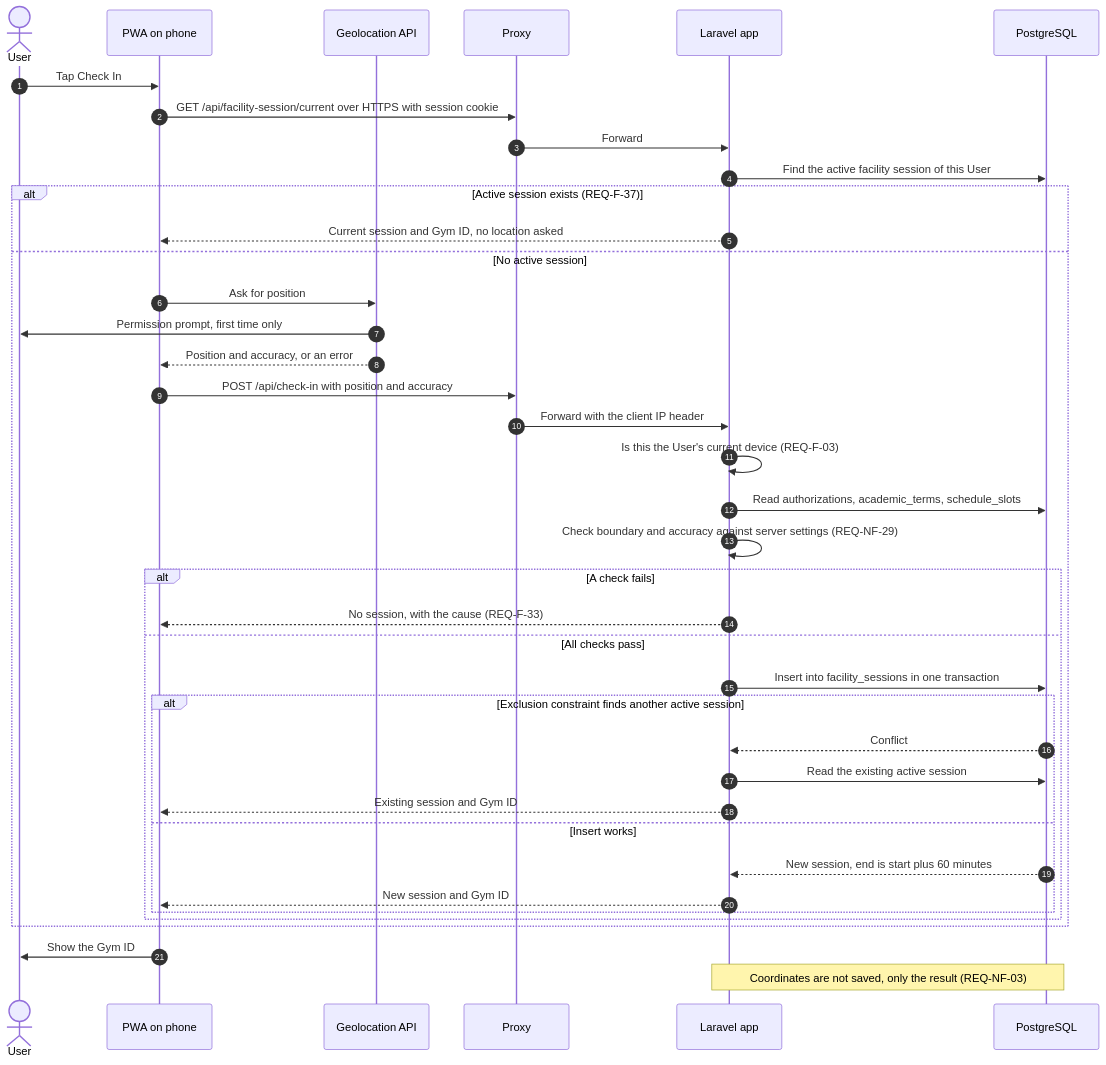
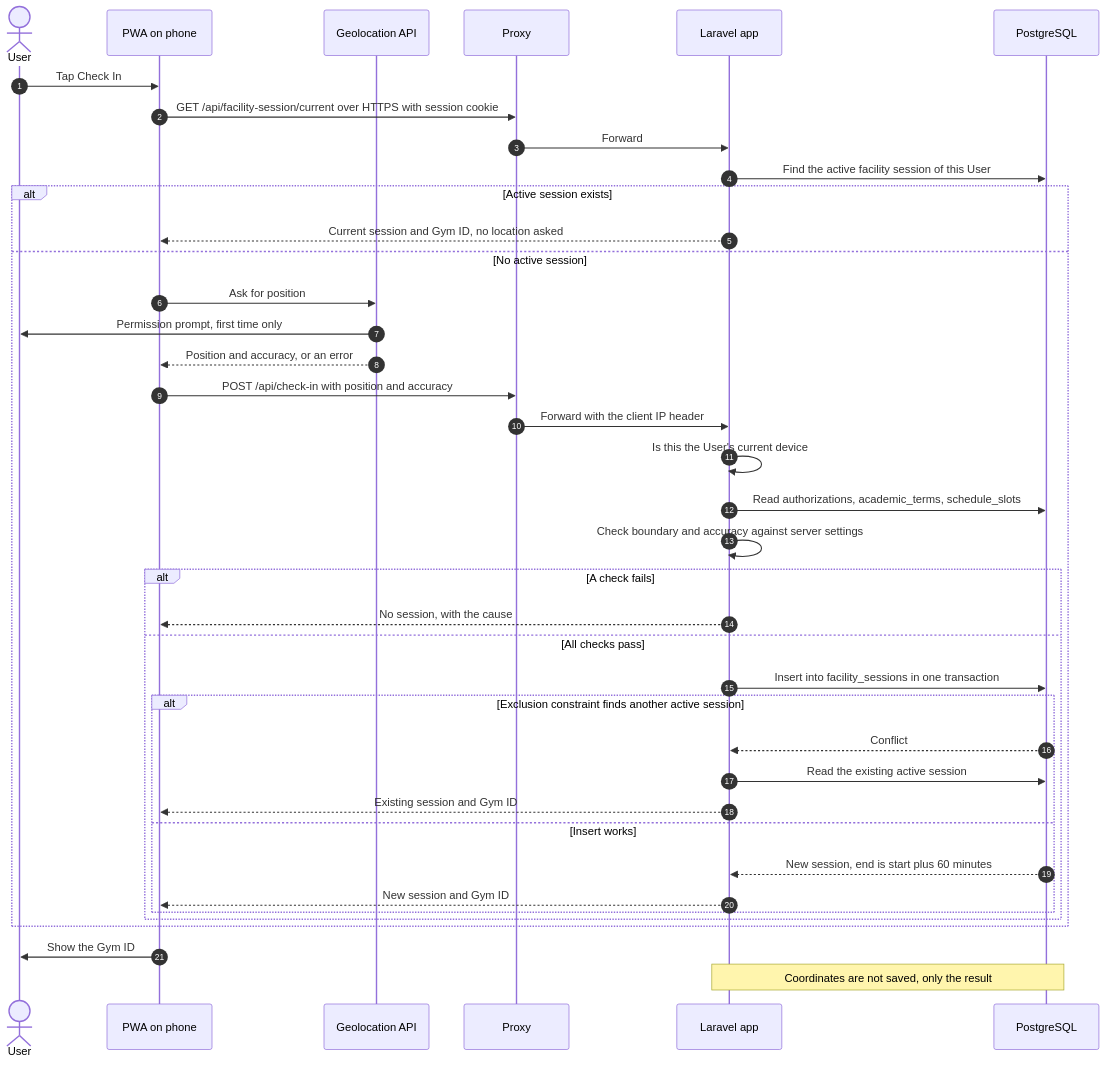
One commit to Th3-Minorities/natatorio-gym-app changed the fifth of 5 diagrams in docs/design/architecture.md. Above: the diagram before and after it, drawn with Mermaid. The commit also changed other lines of this file, not shown here.

Commit message:
Label each architecture diagram and move IDs out of the diagrams

````diff
--- a/docs/design/architecture.md
+++ b/docs/design/architecture.md
@@ -197,42 +219,42 @@
 ```mermaid
 sequenceDiagram
   autonumber
   actor U as User
   participant PWA as PWA on phone
   participant GEO as Geolocation API
   participant PX as Proxy
   participant API as Laravel app
   participant DB as PostgreSQL
 
   U->>PWA: Tap Check In
   PWA->>PX: GET /api/facility-session/current over HTTPS with session cookie
   PX->>API: Forward
   API->>DB: Find the active facility session of this User
-  alt Active session exists (REQ-F-37)
+  alt Active session exists
     API-->>PWA: Current session and Gym ID, no location asked
   else No active session
     PWA->>GEO: Ask for position
     GEO->>U: Permission prompt, first time only
     GEO-->>PWA: Position and accuracy, or an error
     PWA->>PX: POST /api/check-in with position and accuracy
     PX->>API: Forward with the client IP header
-    API->>API: Is this the User's current device (REQ-F-03)
+    API->>API: Is this the User's current device
     API->>DB: Read authorizations, academic_terms, schedule_slots
-    API->>API: Check boundary and accuracy against server settings (REQ-NF-29)
+    API->>API: Check boundary and accuracy against server settings
     alt A check fails
-      API-->>PWA: No session, with the cause (REQ-F-33)
+      API-->>PWA: No session, with the cause
     else All checks pass
       API->>DB: Insert into facility_sessions in one transaction
       alt Exclusion constraint finds another active session
         DB-->>API: Conflict
         API->>DB: Read the existing active session
         API-->>PWA: Existing session and Gym ID
       else Insert works
         DB-->>API: New session, end is start plus 60 minutes
         API-->>PWA: New session and Gym ID
       end
     end
   end
   PWA->>U: Show the Gym ID
-  Note over API,DB: Coordinates are not saved, only the result (REQ-NF-03)
+  Note over API,DB: Coordinates are not saved, only the result
 ```
````
